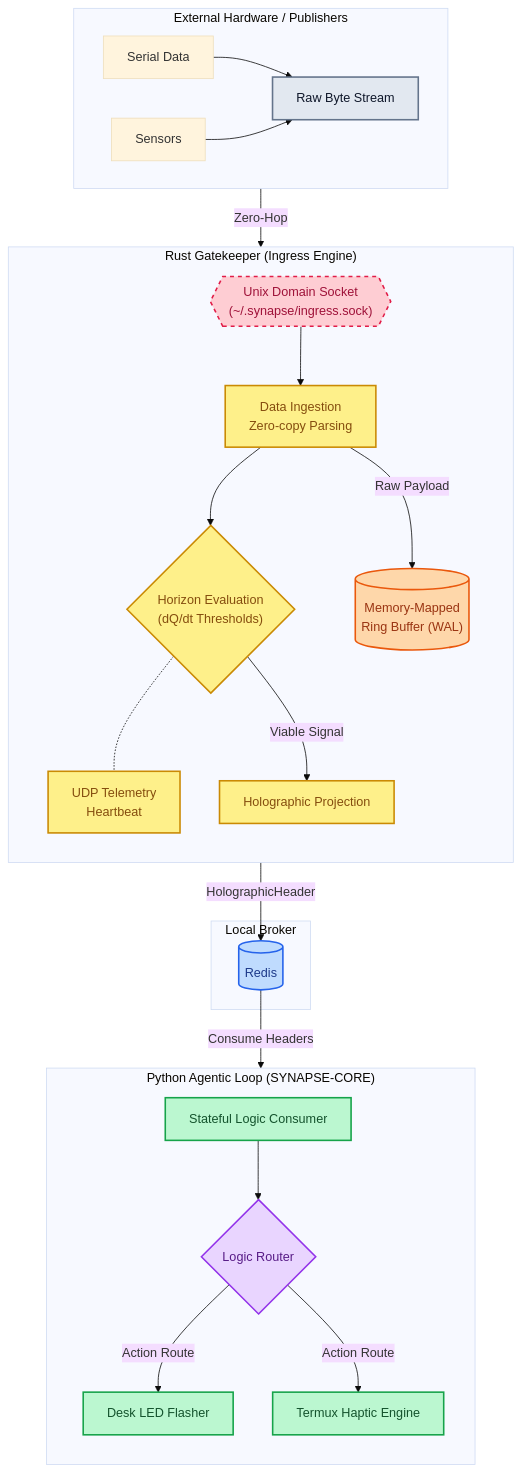
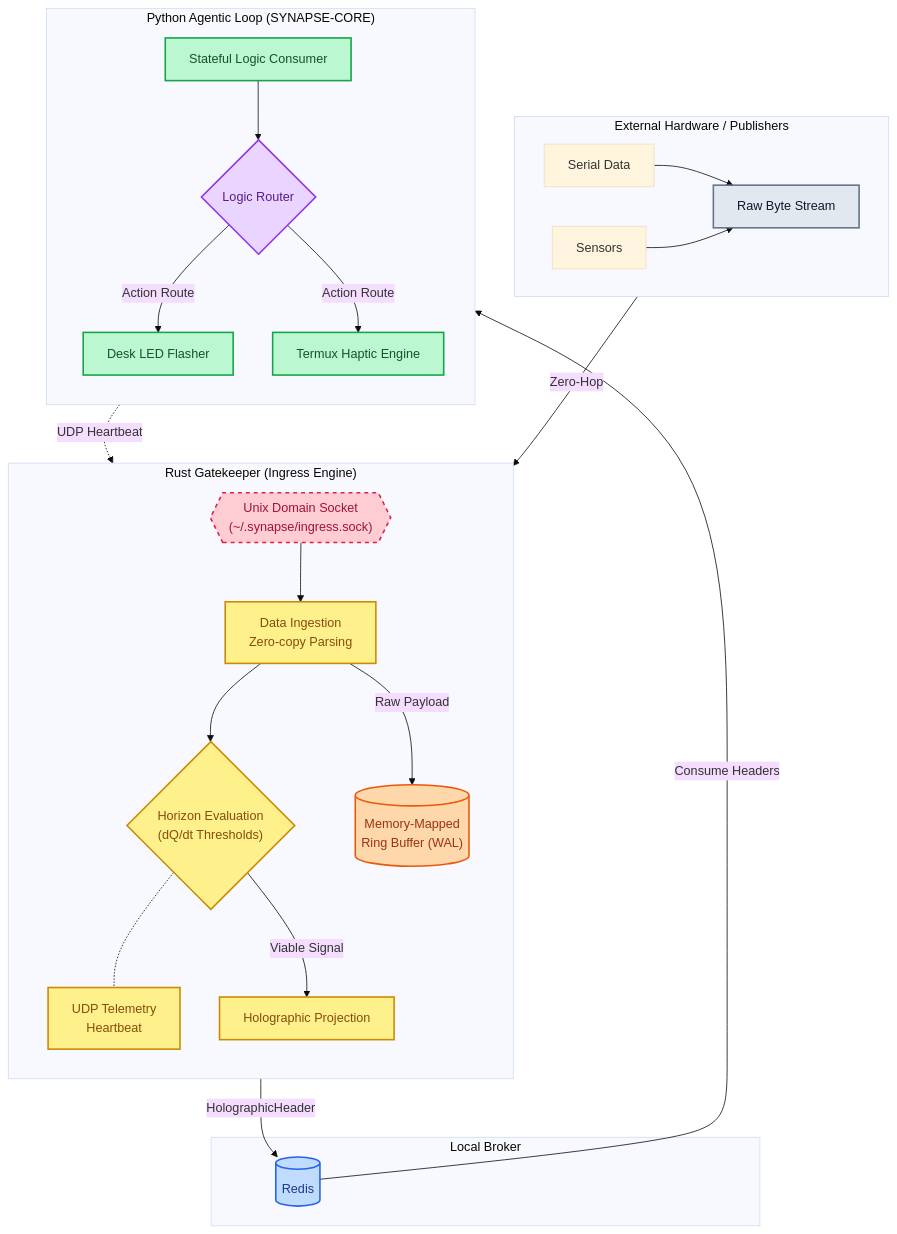
The diagram in README.md (MnemOnicE/SYNAPSE-CORE), drawn with Mermaid (base theme) before and after one commit.

````diff
--- a/README.md
+++ b/README.md
@@ -11,63 +11,65 @@
 ```mermaid
 flowchart TD
     %% Styling Definitions
     classDef hardware fill:#e2e8f0,stroke:#64748b,stroke-width:2px,color:#0f172a
     classDef rust fill:#fef08a,stroke:#ca8a04,stroke-width:2px,color:#854d0e
     classDef uds fill:#fecdd3,stroke:#e11d48,stroke-width:2px,color:#9f1239,stroke-dasharray: 5 5
     classDef broker fill:#bfdbfe,stroke:#2563eb,stroke-width:2px,color:#1e3a8a
     classDef python fill:#bbf7d0,stroke:#16a34a,stroke-width:2px,color:#14532d
     classDef storage fill:#fed7aa,stroke:#ea580c,stroke-width:2px,color:#9a3412
     classDef logic fill:#e9d5ff,stroke:#9333ea,stroke-width:2px,color:#581c87
 
     %% External Sources
     subgraph External["External Hardware / Publishers"]
         direction LR
         S1[Serial Data] --> S3
         S2[Sensors] --> S3
         S3[Raw Byte Stream]:::hardware
     end
 
     %% The Membrane Boundary
     UDS{{"Unix Domain Socket<br>(~/.synapse/ingress.sock)"}}:::uds
     S3 --> |Zero-Hop| UDS
 
     %% Rust Ingress Engine
     subgraph RustEngine["Rust Gatekeeper (Ingress Engine)"]
         direction TB
         Ingress[Data Ingestion<br>Zero-copy Parsing]:::rust
         UDS --> Ingress
 
         Eval{"Horizon Evaluation<br>(dQ/dt Thresholds)"}:::rust
         Ingress --> Eval
 
         WAL[("Memory-Mapped<br>Ring Buffer (WAL)")]:::storage
         Ingress --> |Raw Payload| WAL
 
         Telemetry[UDP Telemetry<br>Heartbeat]:::rust
         Eval -.- Telemetry
 
         Eval --> |Viable Signal| Proj[Holographic Projection]:::rust
     end
 
     %% The Broker
     subgraph MessageBroker["Local Broker"]
         Redis[(Redis)]:::broker
         Proj --> |HolographicHeader| Redis
     end
 
     %% Python Egress Loop
     subgraph PythonAgent["Python Agentic Loop (SYNAPSE-CORE)"]
         direction TB
         Egress[Stateful Logic Consumer]:::python
         Redis --> |Consume Headers| Egress
 
         Router{"Logic Router"}:::logic
         Egress --> Router
 
         Sub1[Desk LED Flasher]:::python
         Sub2[Termux Haptic Engine]:::python
 
         Router --> |Action Route| Sub1
         Router --> |Action Route| Sub2
     end
+
+    Egress -.-> |UDP Heartbeat| Telemetry
 ```
````
